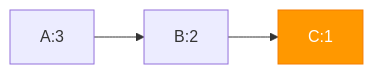
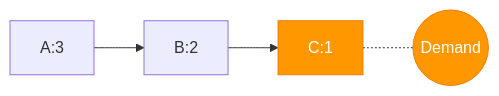
Before and after one commit to duckstring-dev/duckstring: diagram 19 of 24 in docs/guide/theory.md, drawn with Mermaid. The commit also changed other lines of this file, not shown here.

````diff
--- a/docs/guide/theory.md
+++ b/docs/guide/theory.md
@@ -150,9 +339,10 @@
     ```mermaid
     flowchart LR
         classDef running fill:#2196F3,stroke:#1976D2,color:#fff;
         classDef queued fill:#FF9800,stroke:#F57C00,color:#fff;
         classDef demanded fill:#4CAF50,stroke:#388E3C,color:#fff;
 
         A[A:3] --> B[B:2]
         B --> C[C:1]:::queued
+        C <.- D((Demand)):::queued
     ```
````
